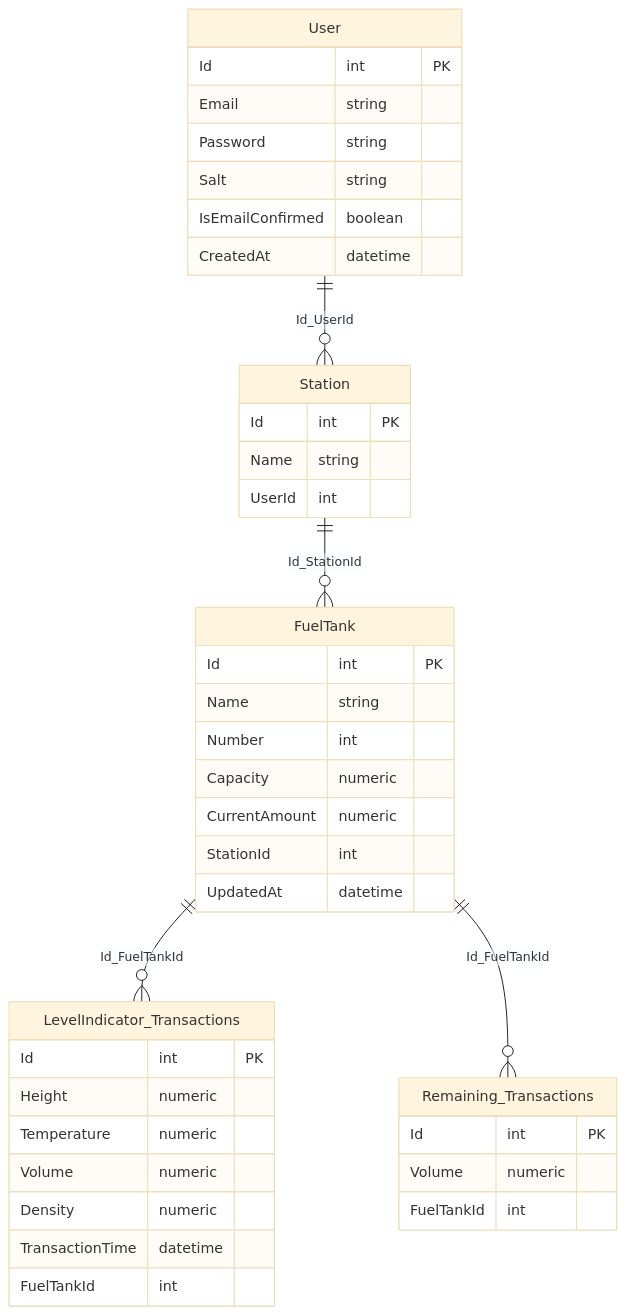
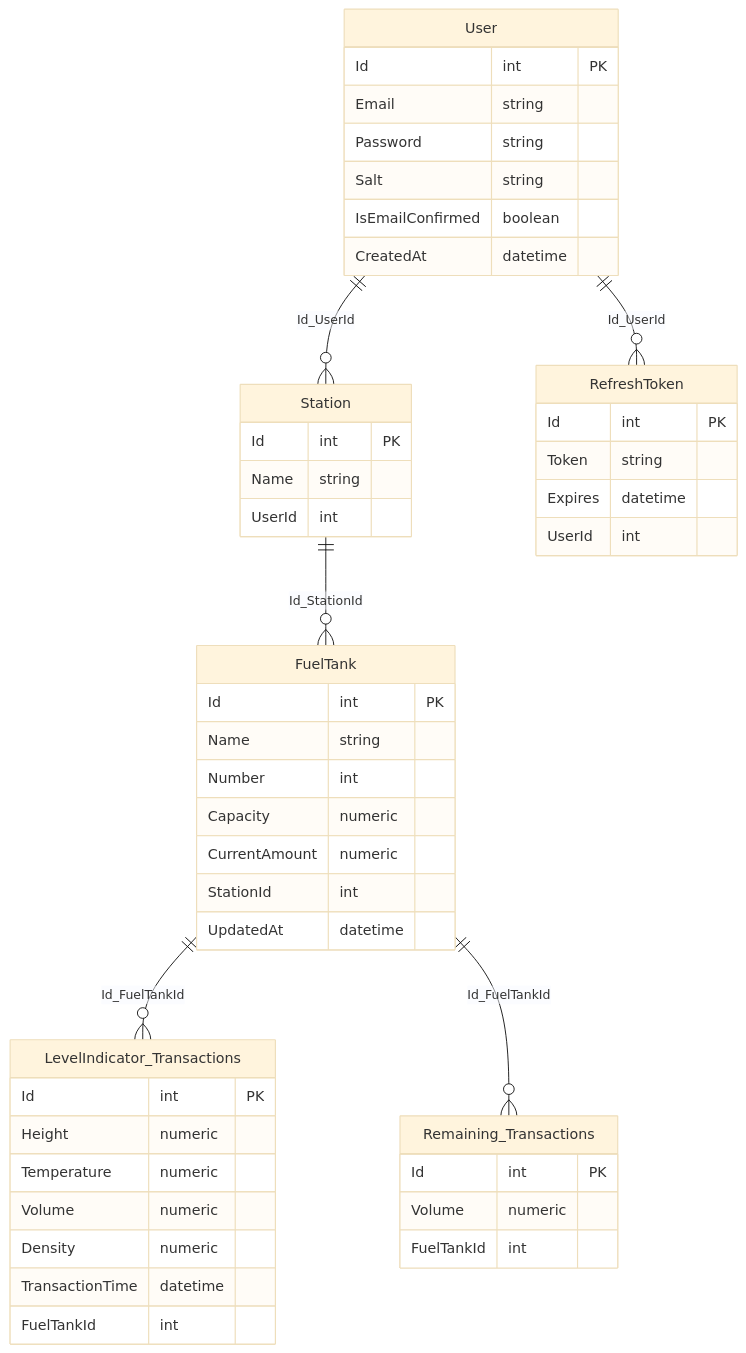
The diagram in README.md (max-voronkin/Fung), drawn with Mermaid (base theme) before and after one commit.

Commit message:
Updated readme db schema

````diff
--- a/README.md
+++ b/README.md
@@ -12,47 +12,55 @@
 ```mermaid
 erDiagram
 User ||--o{ Station : Id_UserId
+User ||--o{ RefreshToken : Id_UserId
 User {
   Id int PK
   Email string
   Password string
   Salt string
   IsEmailConfirmed boolean
   CreatedAt datetime
 }
 
 Station ||--o{ FuelTank : Id_StationId
 Station {
   Id int PK
   Name string
   UserId int 
 }
 
 FuelTank ||--o{ LevelIndicator_Transactions : Id_FuelTankId
 FuelTank ||--o{ Remaining_Transactions : Id_FuelTankId
 FuelTank {
   Id int PK
   Name string
   Number int
   Capacity numeric
   CurrentAmount numeric
   StationId int
   UpdatedAt datetime
 }
 
 LevelIndicator_Transactions {
   Id int PK
   Height numeric
   Temperature numeric
   Volume numeric
   Density numeric
   TransactionTime datetime
   FuelTankId int
 }
 
 Remaining_Transactions {
   Id int PK
   Volume numeric
   FuelTankId int
 }
+
+RefreshToken {
+  Id int PK
+  Token string
+  Expires datetime
+  UserId int
+  }
 ```
````
